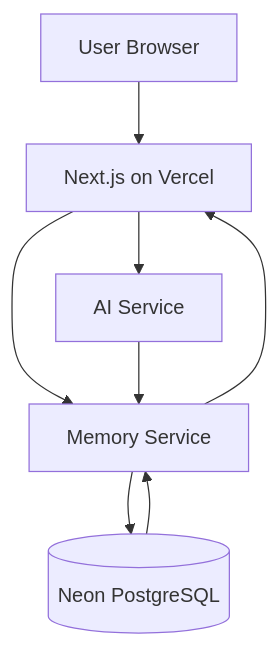
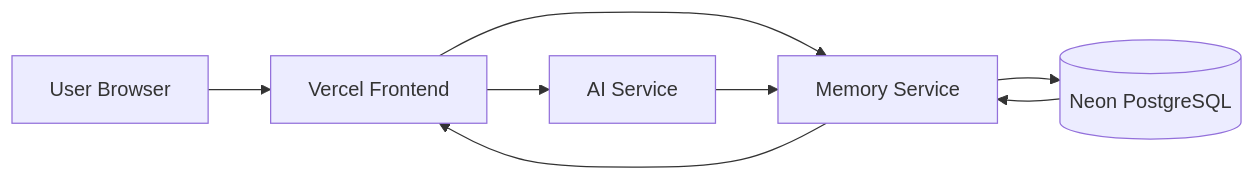
Before and after one commit to AroonZafar/EchoMind: the seventh of 8 diagrams in README.md, drawn with Mermaid. The commit also changed other lines of this file, not shown here.

````diff
--- a/README.md
+++ b/README.md
@@ -372,16 +386,16 @@
-```mermaid
-flowchart TB
-    User[User Browser]
-    Vercel[Next.js on Vercel]
+~~~mermaid
+flowchart LR
+    U[User Browser]
+    V[Vercel Frontend]
     AI[AI Service]
-    Memory[Memory Service]
-    Neon[(Neon PostgreSQL)]
+    M[Memory Service]
+    DB[(Neon PostgreSQL)]
 
-    User --> Vercel
-    Vercel --> AI
-    Vercel --> Memory
-    AI --> Memory
-    Memory --> Neon
-    Neon --> Memory
-    Memory --> Vercel
-```
+    U --> V
+    V --> AI
+    V --> M
+    AI --> M
+    M --> DB
+    DB --> M
+    M --> V
+~~~
````
